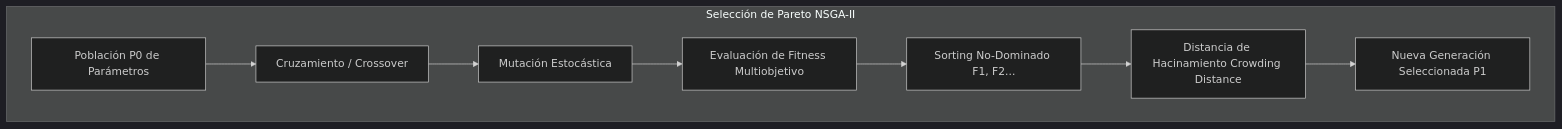
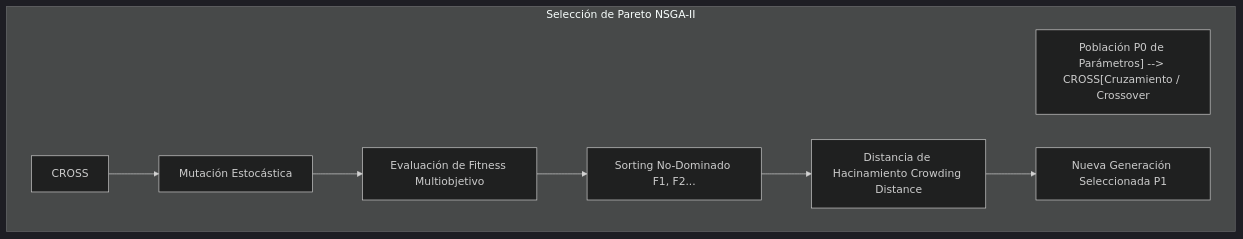
The diagram in docs/formacion_ecosistema/modulo_3_unified_twin_math/07_genetic_algorithms_nsga2_petri.md (jaruiz78/ecosistema-multiproyectos), drawn with Mermaid (dark theme) before and after one commit. The commit also changed 57 other files, not shown here.

First line of the commit message:
feat(validation,hooks): implementar Syntax Validator y Linter determinista para Mermaid, KaTeX y Markdown

````diff
--- a/docs/formacion_ecosistema/modulo_3_unified_twin_math/07_genetic_algorithms_nsga2_petri.md
+++ b/docs/formacion_ecosistema/modulo_3_unified_twin_math/07_genetic_algorithms_nsga2_petri.md
@@ -16,11 +16,11 @@
 ```mermaid
 graph TD
     subgraph Selección de Pareto NSGA-II
-        P0[Población P0 de Parámetros] --> CROSS[Cruzamiento / Crossover]
+        P0["Población P0 de Parámetros] --> CROSS[Cruzamiento / Crossover"]
         CROSS --> MUT[Mutación Estocástica]
         MUT --> EVAL[Evaluación de Fitness Multiobjetivo]
         EVAL --> SORT[Sorting No-Dominado F1, F2...]
         SORT --> DIST[Distancia de Hacinamiento Crowding Distance]
         DIST --> P1[Nueva Generación Seleccionada P1]
     end
 ```
````
